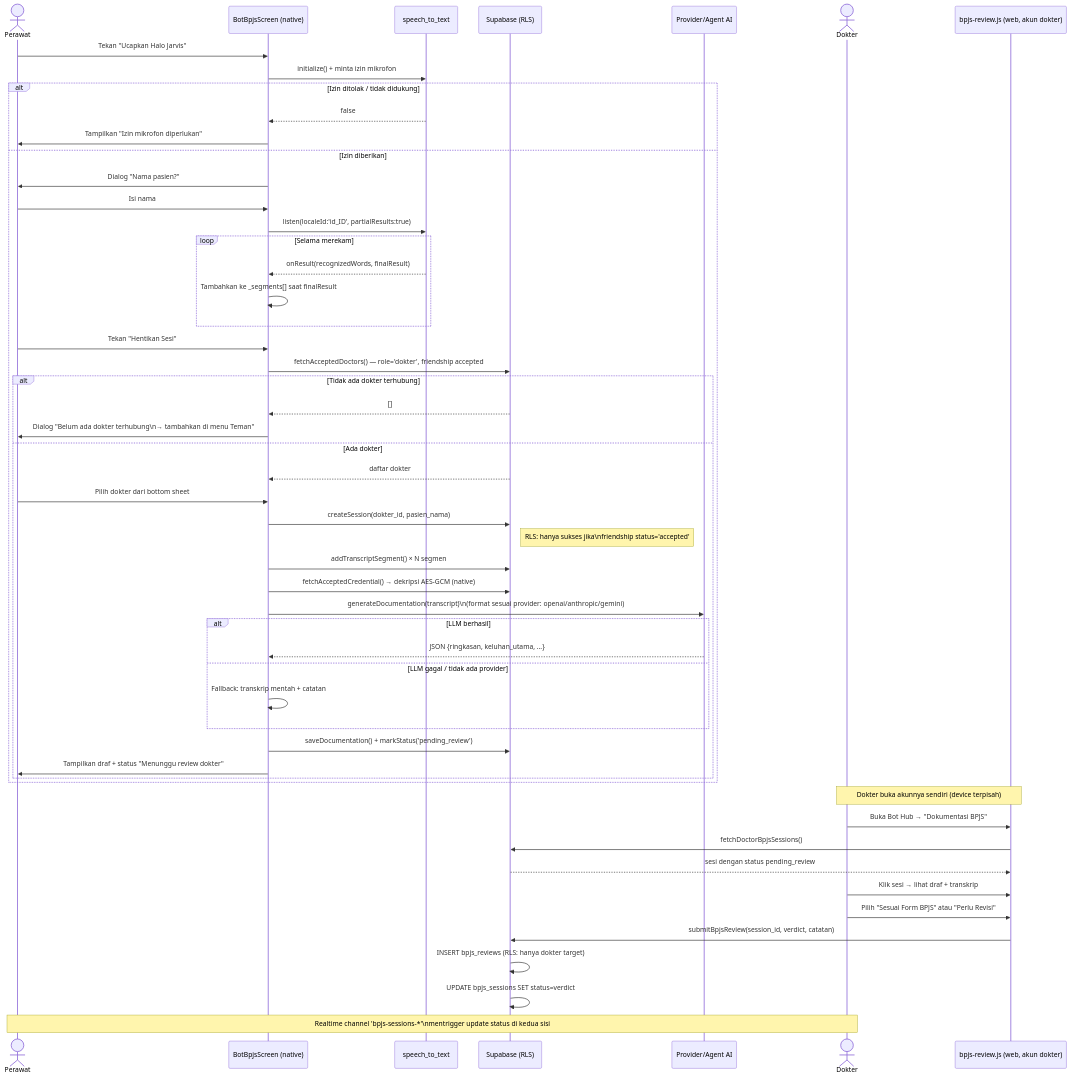
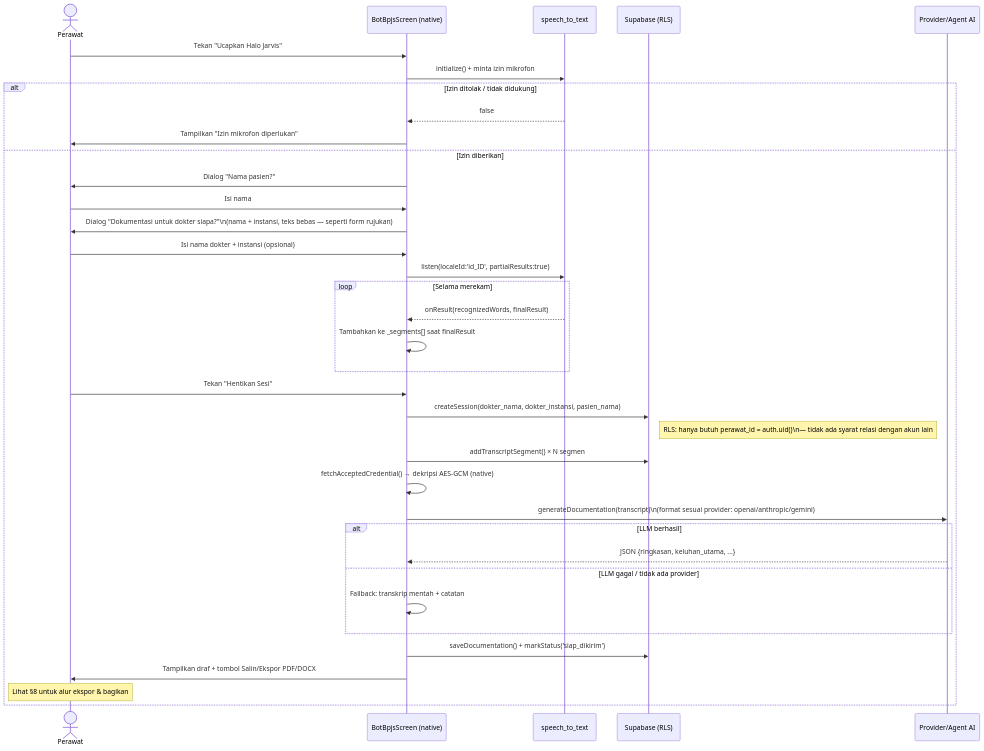
The seventh of 12 diagrams in docs/diagram-alur.md (Khoirul-Yardan/PROJECT-MOBILE-APP), drawn with Mermaid before and after one commit. The commit also changed other lines of this file, not shown here.

Commit message:
docs: update diagram-alur.md to reflect Friend System removal and new Bot BPJS export flow

````diff
--- a/docs/diagram-alur.md
+++ b/docs/diagram-alur.md
@@ -380,57 +337,39 @@
 ```mermaid
 sequenceDiagram
     actor Perawat
     participant App as BotBpjsScreen (native)
     participant STT as speech_to_text
     participant DB as Supabase (RLS)
     participant LLM as Provider/Agent AI
-    actor Dokter
-    participant Web as bpjs-review.js (web, akun dokter)
 
     Perawat->>App: Tekan "Ucapkan Halo Jarvis"
     App->>STT: initialize() + minta izin mikrofon
     alt Izin ditolak / tidak didukung
         STT-->>App: false
         App->>Perawat: Tampilkan "Izin mikrofon diperlukan"
     else Izin diberikan
         App->>Perawat: Dialog "Nama pasien?"
         Perawat->>App: Isi nama
+        App->>Perawat: Dialog "Dokumentasi untuk dokter siapa?"\n(nama + instansi, teks bebas — seperti form rujukan)
+        Perawat->>App: Isi nama dokter + instansi (opsional)
         App->>STT: listen(localeId:'id_ID', partialResults:true)
         loop Selama merekam
             STT-->>App: onResult(recognizedWords, finalResult)
             App->>App: Tambahkan ke _segments[] saat finalResult
         end
         Perawat->>App: Tekan "Hentikan Sesi"
-        App->>DB: fetchAcceptedDoctors() — role='dokter', friendship accepted
-        alt Tidak ada dokter terhubung
-            DB-->>App: []
-            App->>Perawat: Dialog "Belum ada dokter terhubung\n→ tambahkan di menu Teman"
-        else Ada dokter
-            DB-->>App: daftar dokter
-            Perawat->>App: Pilih dokter dari bottom sheet
-            App->>DB: createSession(dokter_id, pasien_nama)
-            Note right of DB: RLS: hanya sukses jika\nfriendship status='accepted'
-            App->>DB: addTranscriptSegment() × N segmen
-            App->>DB: fetchAcceptedCredential() → dekripsi AES-GCM (native)
-            App->>LLM: generateDocumentation(transcript)\n(format sesuai provider: openai/anthropic/gemini)
-            alt LLM berhasil
-                LLM-->>App: JSON {ringkasan, keluhan_utama, ...}
-            else LLM gagal / tidak ada provider
-                App->>App: Fallback: transkrip mentah + catatan
-            end
-            App->>DB: saveDocumentation() + markStatus('pending_review')
-            App->>Perawat: Tampilkan draf + status "Menunggu review dokter"
+        App->>DB: createSession(dokter_nama, dokter_instansi, pasien_nama)
+        Note right of DB: RLS: hanya butuh perawat_id = auth.uid()\n— tidak ada syarat relasi dengan akun lain
+        App->>DB: addTranscriptSegment() × N segmen
+        App->>App: fetchAcceptedCredential() → dekripsi AES-GCM (native)
+        App->>LLM: generateDocumentation(transcript)\n(format sesuai provider: openai/anthropic/gemini)
+        alt LLM berhasil
+            LLM-->>App: JSON {ringkasan, keluhan_utama, ...}
+        else LLM gagal / tidak ada provider
+            App->>App: Fallback: transkrip mentah + catatan
         end
+        App->>DB: saveDocumentation() + markStatus('siap_dikirim')
+        App->>Perawat: Tampilkan draf + tombol Salin/Ekspor PDF/DOCX
+        Note over Perawat: Lihat §8 untuk alur ekspor & bagikan
     end
-
-    Note over Dokter,Web: Dokter buka akunnya sendiri (device terpisah)
-    Dokter->>Web: Buka Bot Hub → "Dokumentasi BPJS"
-    Web->>DB: fetchDoctorBpjsSessions()
-    DB-->>Web: sesi dengan status pending_review
-    Dokter->>Web: Klik sesi → lihat draf + transkrip
-    Dokter->>Web: Pilih "Sesuai Form BPJS" atau "Perlu Revisi"
-    Web->>DB: submitBpjsReview(session_id, verdict, catatan)
-    DB->>DB: INSERT bpjs_reviews (RLS: hanya dokter target)
-    DB->>DB: UPDATE bpjs_sessions SET status=verdict
-    Note over Perawat,Dokter: Realtime channel 'bpjs-sessions-*'\nmentrigger update status di kedua sisi
 ```
````
